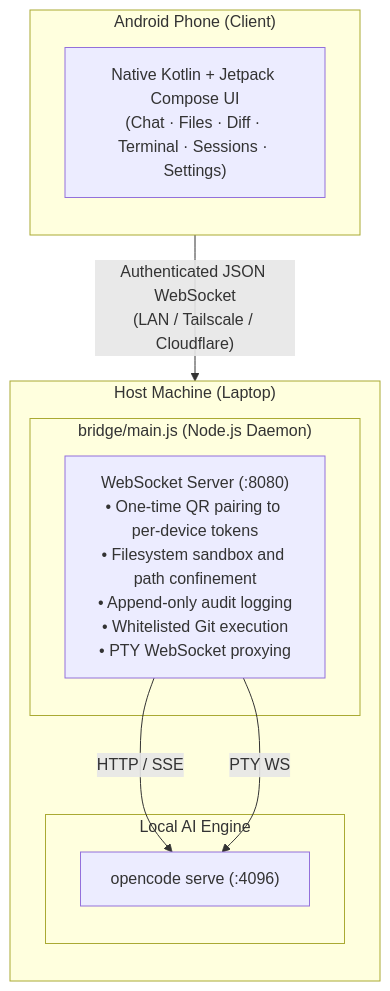
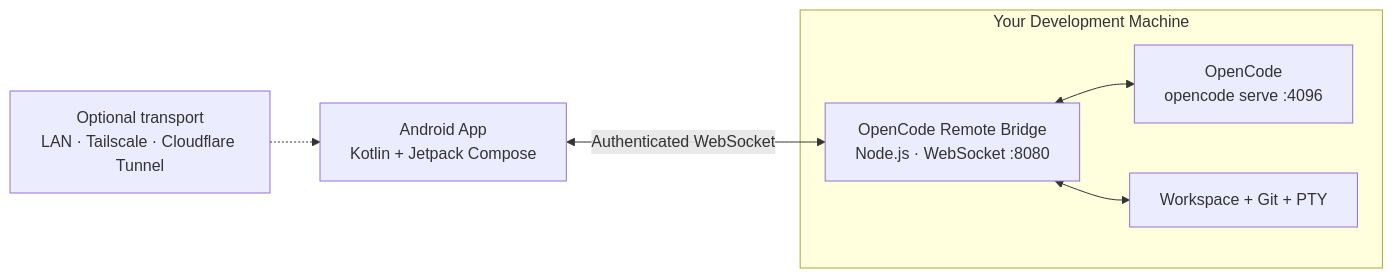
One commit to vchhikara/opencode-remote changed the diagram in README.md. Above: the diagram before and after it, drawn with Mermaid. The commit also changed other lines of this file, not shown here.

````diff
--- a/README.md
+++ b/README.md
@@ -11,23 +64,18 @@
 ```mermaid
-flowchart TD
-    subgraph Client["Android Phone (Client)"]
-        direction TB
-        Phone["Native Kotlin + Jetpack Compose UI<br/>(Chat · Files · Diff · Terminal · Sessions · Settings)"]
+flowchart LR
+    Phone["Android App<br/>Kotlin + Jetpack Compose"]
+
+    subgraph Host["Your Development Machine"]
+        Bridge["OpenCode Remote Bridge<br/>Node.js · WebSocket :8080"]
+        OpenCode["OpenCode<br/>opencode serve :4096"]
+        Files["Workspace + Git + PTY"]
+
+        Bridge <--> OpenCode
+        Bridge <--> Files
     end
 
-    subgraph Host["Host Machine (Laptop)"]
-        direction TB
-        subgraph Bridge["bridge/main.js (Node.js Daemon)"]
-            Daemon["WebSocket Server (:8080)<br/>• One-time QR pairing to per-device tokens<br/>• Filesystem sandbox and path confinement<br/>• Append-only audit logging<br/>• Whitelisted Git execution<br/>• PTY WebSocket proxying"]
-        end
+    Phone <-->|"Authenticated WebSocket"| Bridge
 
-        subgraph Engine["Local AI Engine"]
-            OC["opencode serve (:4096)"]
-        end
-
-        Daemon -->|"HTTP / SSE"| OC
-        Daemon -->|"PTY WS"| OC
-    end
-
-    Phone -->|"Authenticated JSON WebSocket<br/>(LAN / Tailscale / Cloudflare)"| Daemon
+    Tail["Optional transport<br/>LAN · Tailscale · Cloudflare Tunnel"]
+    Tail -.-> Phone
 ```
````
